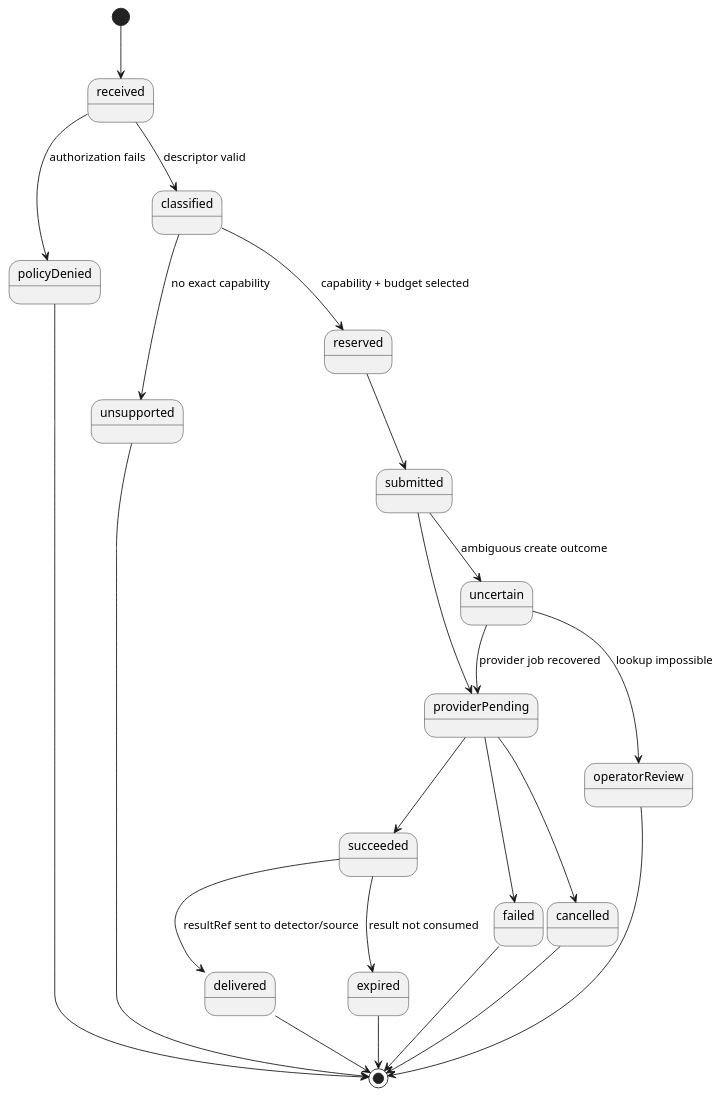
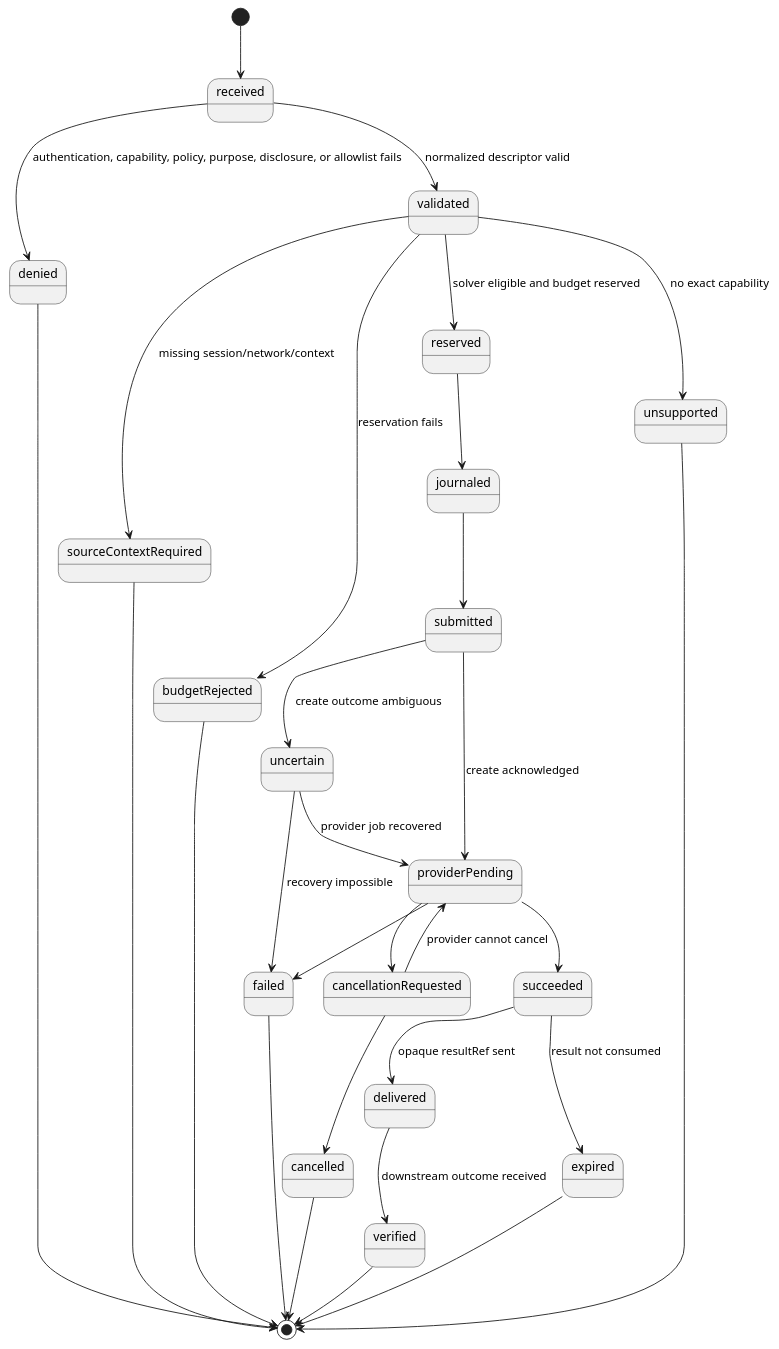
One commit to lost-rob0t/starintel-auto-research changed the sixth of 8 diagrams in roam/design/star-server/STAR-CAPTCHA-000-broker-router.org. Above: the diagram before and after it, drawn with PlantUML. The commit also changed other lines of this file, not shown here.

```diff
--- a/roam/design/star-server/STAR-CAPTCHA-000-broker-router.org
+++ b/roam/design/star-server/STAR-CAPTCHA-000-broker-router.org
@@ -300,26 +420,33 @@
 #+begin_src plantuml
 @startuml
 [*] --> received
-received --> policyDenied : authorization fails
-received --> classified : descriptor valid
-classified --> unsupported : no exact capability
-classified --> reserved : capability + budget selected
-reserved --> submitted
-submitted --> providerPending
-submitted --> uncertain : ambiguous create outcome
+received --> denied : authentication, capability, policy, purpose, disclosure, or allowlist fails
+received --> validated : normalized descriptor valid
+validated --> unsupported : no exact capability
+validated --> sourceContextRequired : missing session/network/context
+validated --> budgetRejected : reservation fails
+validated --> reserved : solver eligible and budget reserved
+reserved --> journaled
+journaled --> submitted
+submitted --> providerPending : create acknowledged
+submitted --> uncertain : create outcome ambiguous
 providerPending --> succeeded
 providerPending --> failed
-providerPending --> cancelled
-succeeded --> delivered : resultRef sent to detector/source
+providerPending --> cancellationRequested
+cancellationRequested --> cancelled
+cancellationRequested --> providerPending : provider cannot cancel
+uncertain --> providerPending : provider job recovered
+uncertain --> failed : recovery impossible
+succeeded --> delivered : opaque resultRef sent
 succeeded --> expired : result not consumed
-uncertain --> providerPending : provider job recovered
-uncertain --> operatorReview : lookup impossible
-policyDenied --> [*]
+ delivered --> verified : downstream outcome received
+verified --> [*]
+denied --> [*]
 unsupported --> [*]
+sourceContextRequired --> [*]
+budgetRejected --> [*]
 failed --> [*]
 cancelled --> [*]
-delivered --> [*]
 expired --> [*]
-operatorReview --> [*]
 @enduml
 #+end_src
```
